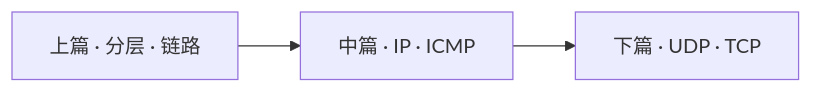
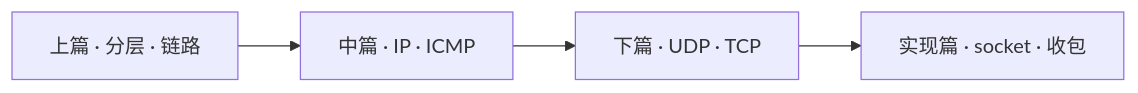
Before and after one commit to xiaxinyu/knowledge_base: the first of 2 diagrams in 10-chronicle/16a-tcp-ip-illustrated-treatise.md, drawn with Mermaid. The commit also changed other lines of this file and 1 other file, not shown here.

````diff
--- a/10-chronicle/16a-tcp-ip-illustrated-treatise.md
+++ b/10-chronicle/16a-tcp-ip-illustrated-treatise.md
@@ -57,5 +72,6 @@
 ```mermaid
 flowchart LR
   Link["上篇 · 分层 · 链路"] --> Net["中篇 · IP · ICMP"]
   Net --> Trans["下篇 · UDP · TCP"]
+  Trans --> Impl["实现篇 · socket · 收包"]
 ```
````
